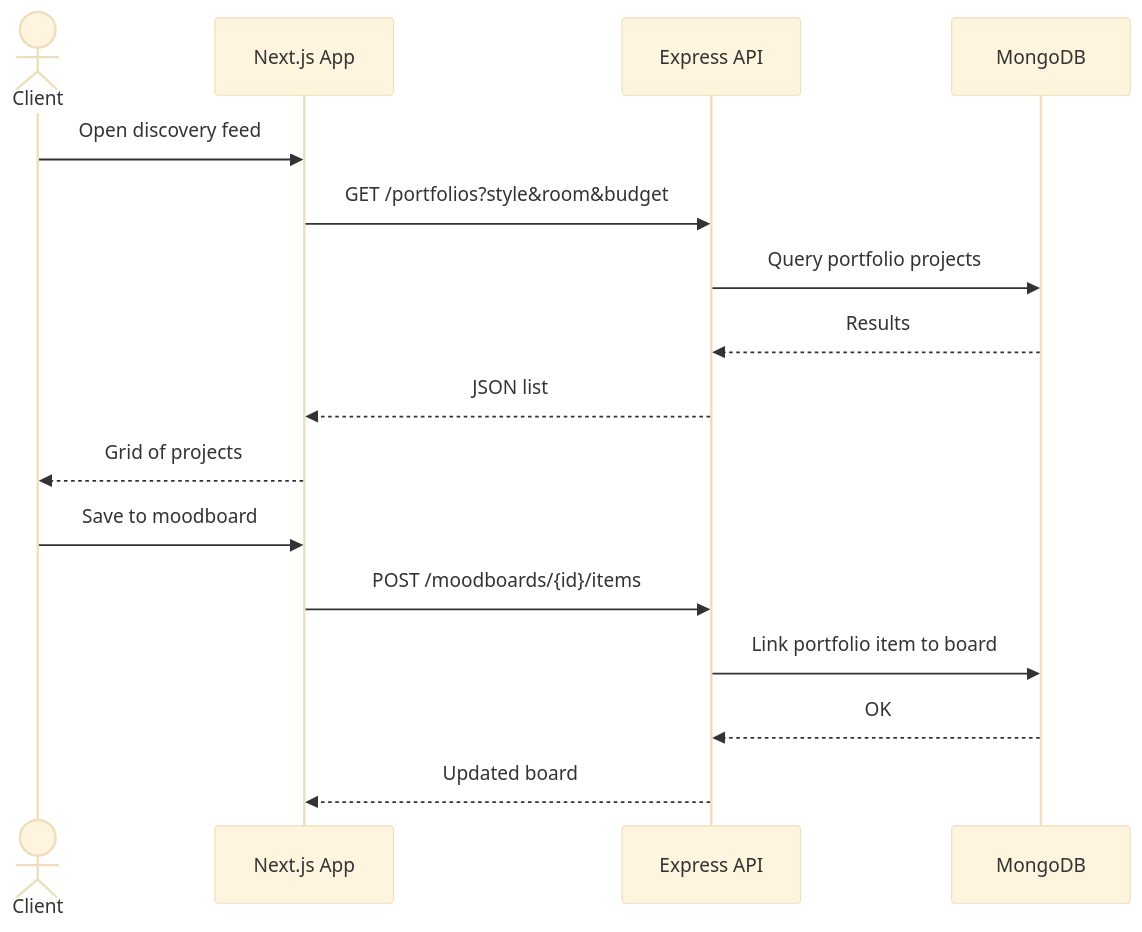
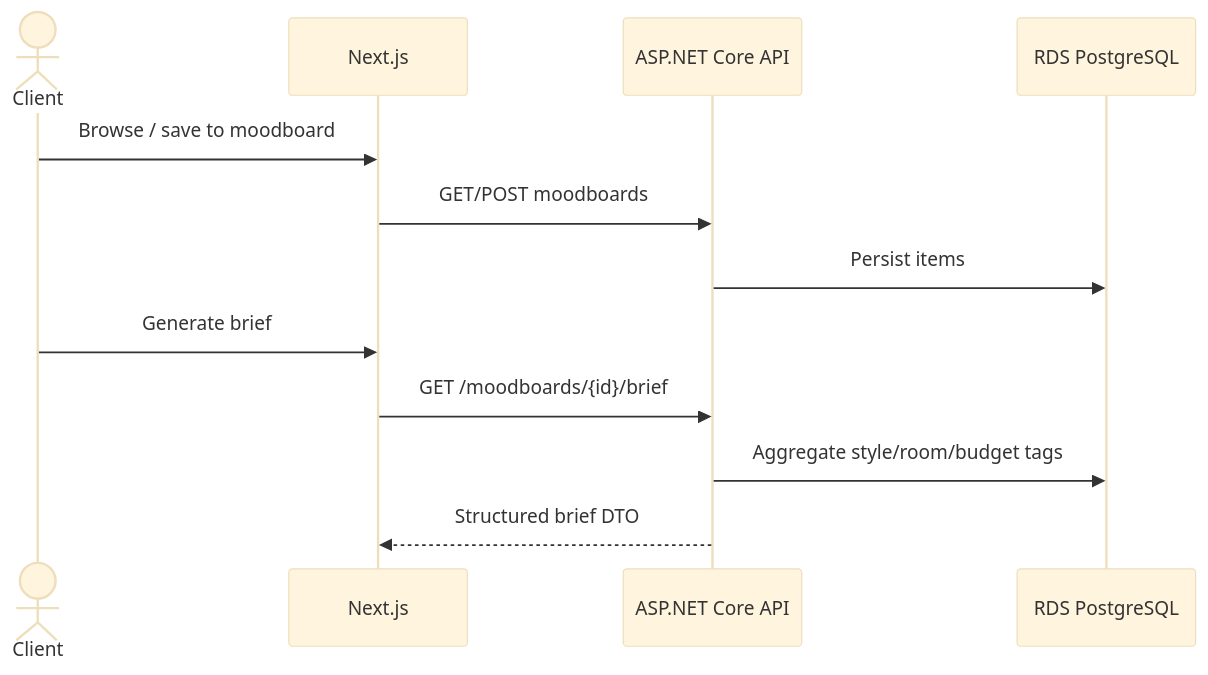
The second of 5 diagrams in docs/SYSTEM-OVERVIEW.md (MNSBaanu/Inside), drawn with Mermaid (base theme) before and after one commit. The commit also changed other lines of this file and 17 other files, not shown here.

````diff
--- a/docs/SYSTEM-OVERVIEW.md
+++ b/docs/SYSTEM-OVERVIEW.md
@@ -79,20 +82,15 @@
 ```mermaid
 sequenceDiagram
     actor Client
-    participant Web as Next.js App
-    participant API as Express API
-    participant DB as MongoDB
+    participant Web as Next.js
+    participant API as ASP.NET Core API
+    participant DB as RDS PostgreSQL
 
-    Client->>Web: Open discovery feed
-    Web->>API: GET /portfolios?style&room&budget
-    API->>DB: Query portfolio projects
-    DB-->>API: Results
-    API-->>Web: JSON list
-    Web-->>Client: Grid of projects
-
-    Client->>Web: Save to moodboard
-    Web->>API: POST /moodboards/{id}/items
-    API->>DB: Link portfolio item to board
-    DB-->>API: OK
-    API-->>Web: Updated board
+    Client->>Web: Browse / save to moodboard
+    Web->>API: GET/POST moodboards
+    API->>DB: Persist items
+    Client->>Web: Generate brief
+    Web->>API: GET /moodboards/{id}/brief
+    API->>DB: Aggregate style/room/budget tags
+    API-->>Web: Structured brief DTO
 ```
````
